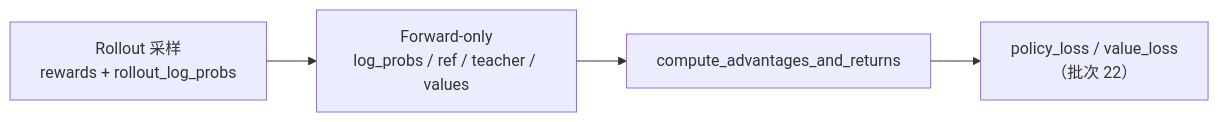
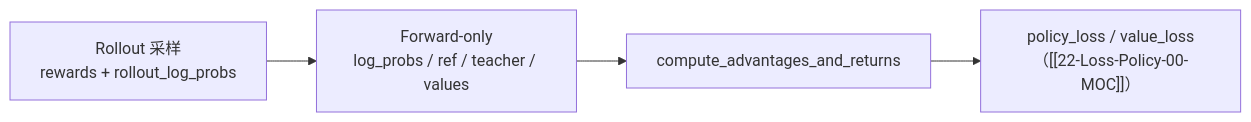
One commit to OnlyHero5/ai-infra-reading-vault changed the diagram in slime_reading/04-训练后端/21-Loss-Advantages/21-Loss-Advantages-01-核心概念.md. Above: the diagram before and after it, drawn with Mermaid. The commit also changed other lines of this file and 421 other files, not shown here.

````diff
--- a/slime_reading/04-训练后端/21-Loss-Advantages/21-Loss-Advantages-01-核心概念.md
+++ b/slime_reading/04-训练后端/21-Loss-Advantages/21-Loss-Advantages-01-核心概念.md
@@ -24,9 +24,9 @@
 ```mermaid
 flowchart LR
     R["Rollout 采样<br/>rewards + rollout_log_probs"]
     F["Forward-only<br/>log_probs / ref / teacher / values"]
     A["compute_advantages_and_returns"]
-    L["policy_loss / value_loss<br/>（批次 22）"]
+    L["policy_loss / value_loss<br/>（[[22-Loss-Policy-00-MOC]]）"]
 
     R --> F --> A --> L
 ```
````
